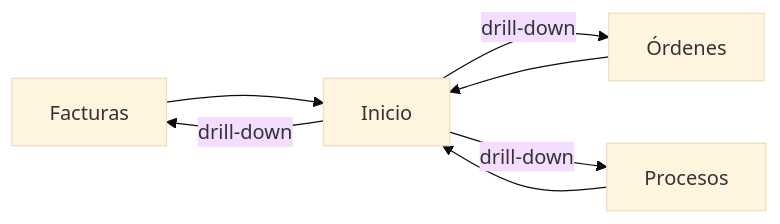
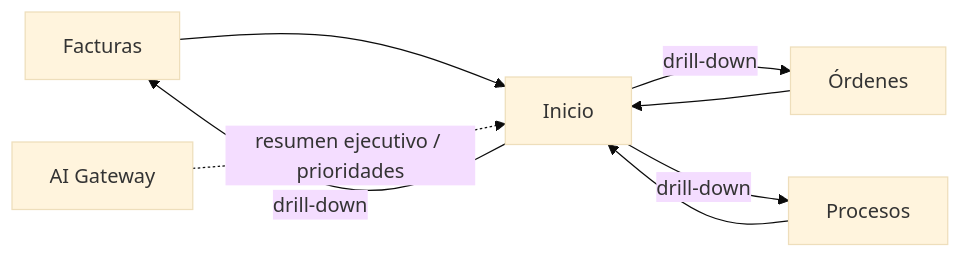
One commit to Ahcast/Bastion changed the diagram in bluehost/frontend/src/app/core/pages/dashboard/LINEAMIENTOS.md. Above: the diagram before and after it, drawn with Mermaid (base theme). The commit also changed other lines of this file, not shown here.

````diff
--- a/bluehost/frontend/src/app/core/pages/dashboard/LINEAMIENTOS.md
+++ b/bluehost/frontend/src/app/core/pages/dashboard/LINEAMIENTOS.md
@@ -85,9 +85,10 @@
 ```mermaid
 flowchart LR
     F[Facturas] --> I[Inicio]
     O[Órdenes] --> I
     P[Procesos] --> I
     I -->|drill-down| F
     I -->|drill-down| O
     I -->|drill-down| P
+    AI[AI Gateway] -. resumen ejecutivo / prioridades .-> I
 ```
````
